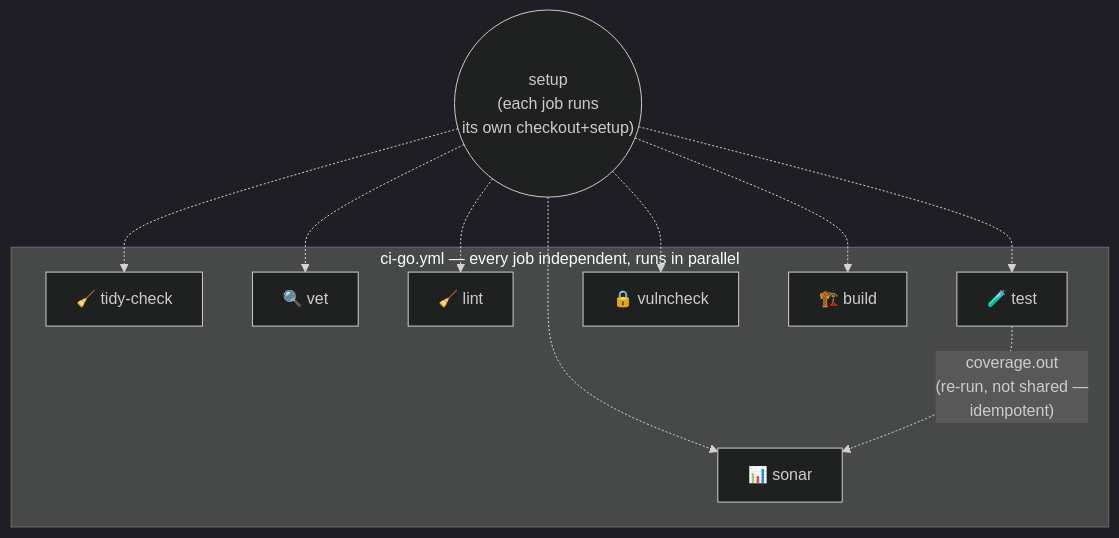
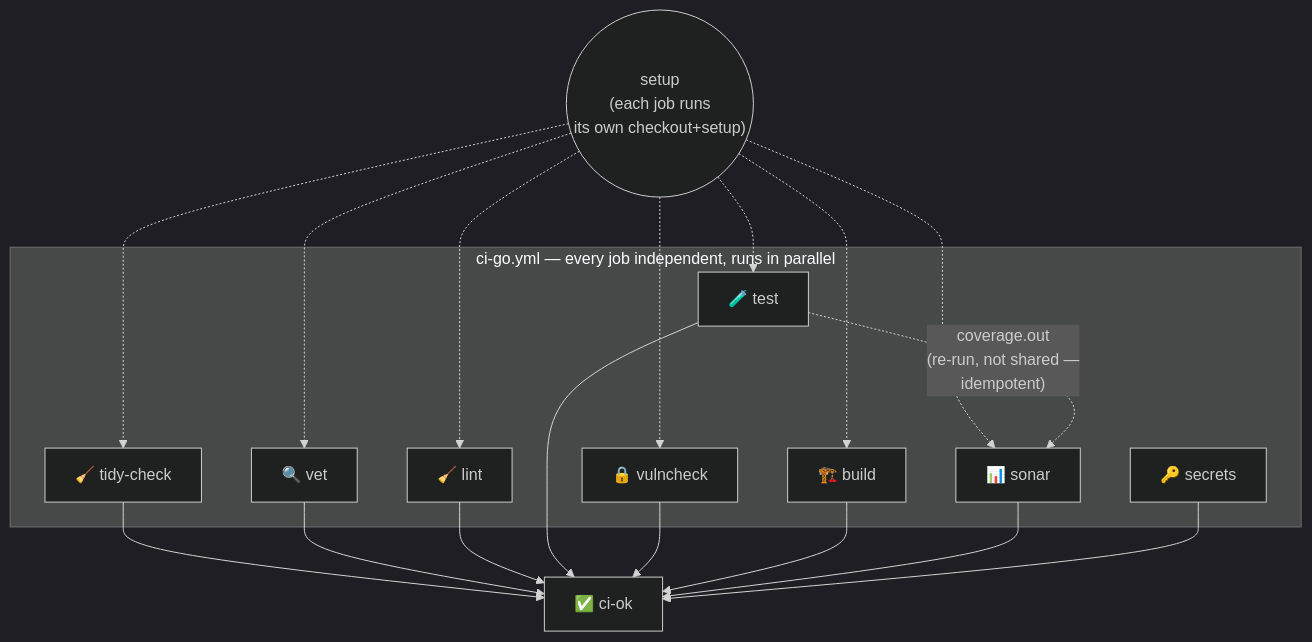
One commit to devidence-dev/workflows changed the fourth of 4 diagrams in README.md. Above: the diagram before and after it, drawn with Mermaid (dark theme). The commit also changed other lines of this file and 5 other files, not shown here.

````diff
--- a/README.md
+++ b/README.md
@@ -187,15 +188,18 @@
 ```mermaid
 flowchart TB
     subgraph "ci-go.yml — every job independent, runs in parallel"
         T[🧹 tidy-check]
         V[🔍 vet]
         L[🧹 lint]
         TE[🧪 test]
         VU[🔒 vulncheck]
         B[🏗️ build]
         S[📊 sonar]
+        SE[🔑 secrets]
     end
+    OK[✅ ci-ok]
     Setup(("setup<br/>(each job runs<br/>its own checkout+setup)"))
     Setup -.-> T & V & L & TE & VU & B & S
     TE -. "coverage.out<br/>(re-run, not shared —<br/>idempotent)" .-> S
+    T & V & L & TE & VU & B & S & SE --> OK
 ```
````
